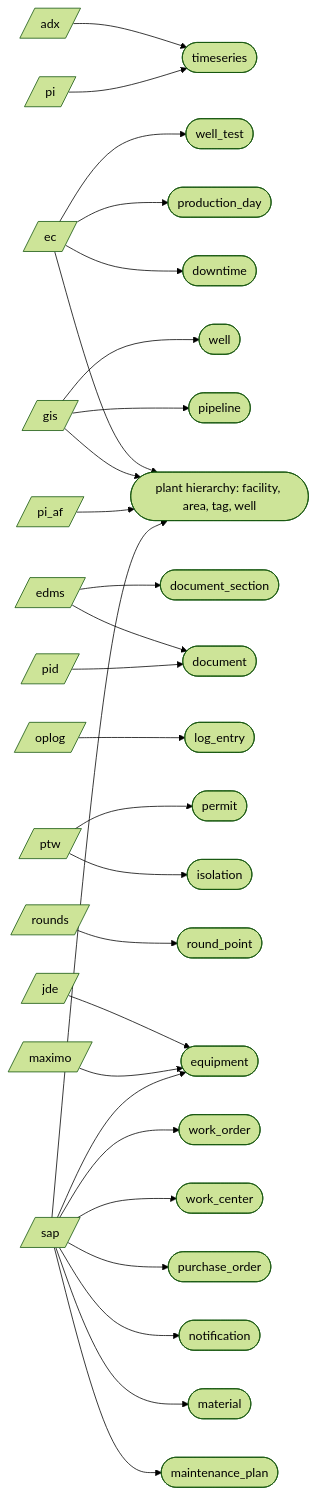
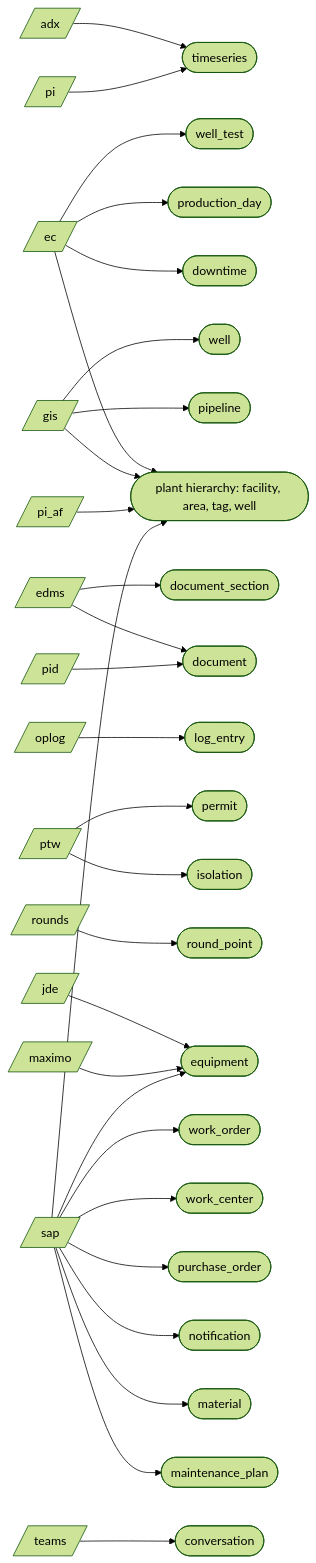
One commit to areed145/fuzer changed the second of 3 diagrams in docs/architecture.md. Above: the diagram before and after it, drawn with Mermaid (forest theme). The commit also changed other lines of this file and 17 other files, not shown here.

First line of the commit message:
Work that starts in conversation: Teams threads on the asset, and an open thread raising routed work (P5.8, demo on a mock Graph) (#754)

````diff
--- a/docs/architecture.md
+++ b/docs/architecture.md
@@ -79,63 +79,66 @@
 ```mermaid
 flowchart LR
   src_adx[/"adx"/]
   src_ec[/"ec"/]
   src_edms[/"edms"/]
   src_gis[/"gis"/]
   src_jde[/"jde"/]
   src_maximo[/"maximo"/]
   src_oplog[/"oplog"/]
   src_pi[/"pi"/]
   src_pi_af[/"pi_af"/]
   src_pid[/"pid"/]
   src_ptw[/"ptw"/]
   src_rounds[/"rounds"/]
   src_sap[/"sap"/]
+  src_teams[/"teams"/]
+  kind_conversation(["conversation"])
   kind_document(["document"])
   kind_document_section(["document_section"])
   kind_downtime(["downtime"])
   kind_equipment(["equipment"])
   kind_isolation(["isolation"])
   kind_log_entry(["log_entry"])
   kind_maintenance_plan(["maintenance_plan"])
   kind_material(["material"])
   kind_notification(["notification"])
   kind_permit(["permit"])
   kind_pipeline(["pipeline"])
   kind_plant_hierarchy__facility__area__tag__well(["plant hierarchy: facility, area, tag, well"])
   kind_production_day(["production_day"])
   kind_purchase_order(["purchase_order"])
   kind_round_point(["round_point"])
   kind_timeseries(["timeseries"])
   kind_well(["well"])
   kind_well_test(["well_test"])
   kind_work_center(["work_center"])
   kind_work_order(["work_order"])
   src_adx --> kind_timeseries
   src_ec --> kind_downtime
   src_ec --> kind_plant_hierarchy__facility__area__tag__well
   src_ec --> kind_production_day
   src_ec --> kind_well_test
   src_edms --> kind_document
   src_edms --> kind_document_section
   src_gis --> kind_pipeline
   src_gis --> kind_plant_hierarchy__facility__area__tag__well
   src_gis --> kind_well
   src_jde --> kind_equipment
   src_maximo --> kind_equipment
   src_oplog --> kind_log_entry
   src_pi --> kind_timeseries
   src_pi_af --> kind_plant_hierarchy__facility__area__tag__well
   src_pid --> kind_document
   src_ptw --> kind_isolation
   src_ptw --> kind_permit
   src_rounds --> kind_round_point
   src_sap --> kind_equipment
   src_sap --> kind_maintenance_plan
   src_sap --> kind_material
   src_sap --> kind_notification
   src_sap --> kind_plant_hierarchy__facility__area__tag__well
   src_sap --> kind_purchase_order
   src_sap --> kind_work_center
   src_sap --> kind_work_order
+  src_teams --> kind_conversation
 ```
````
